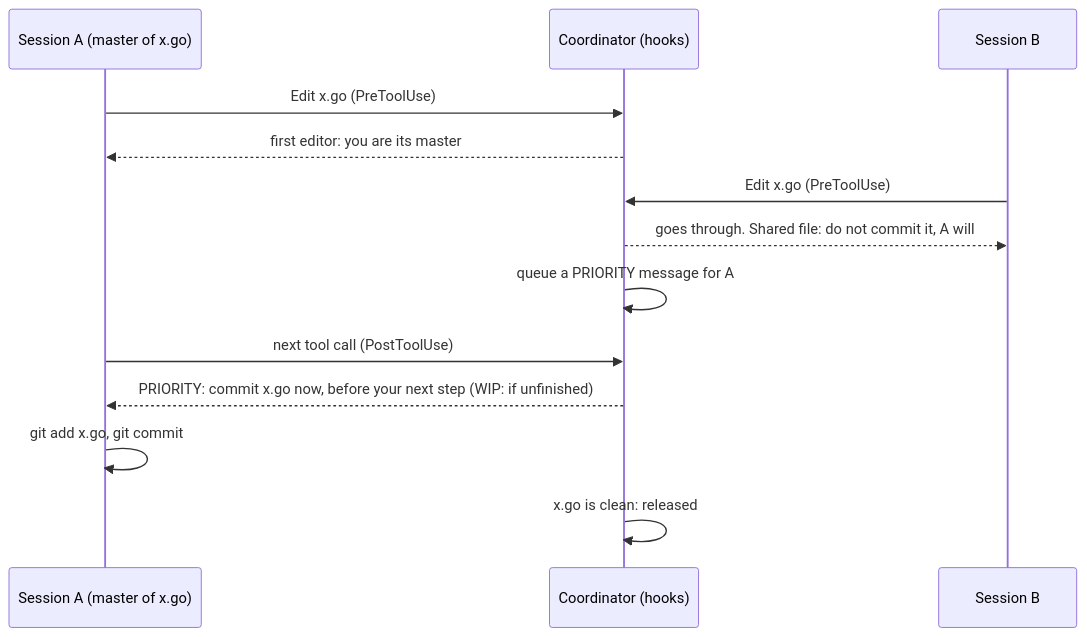
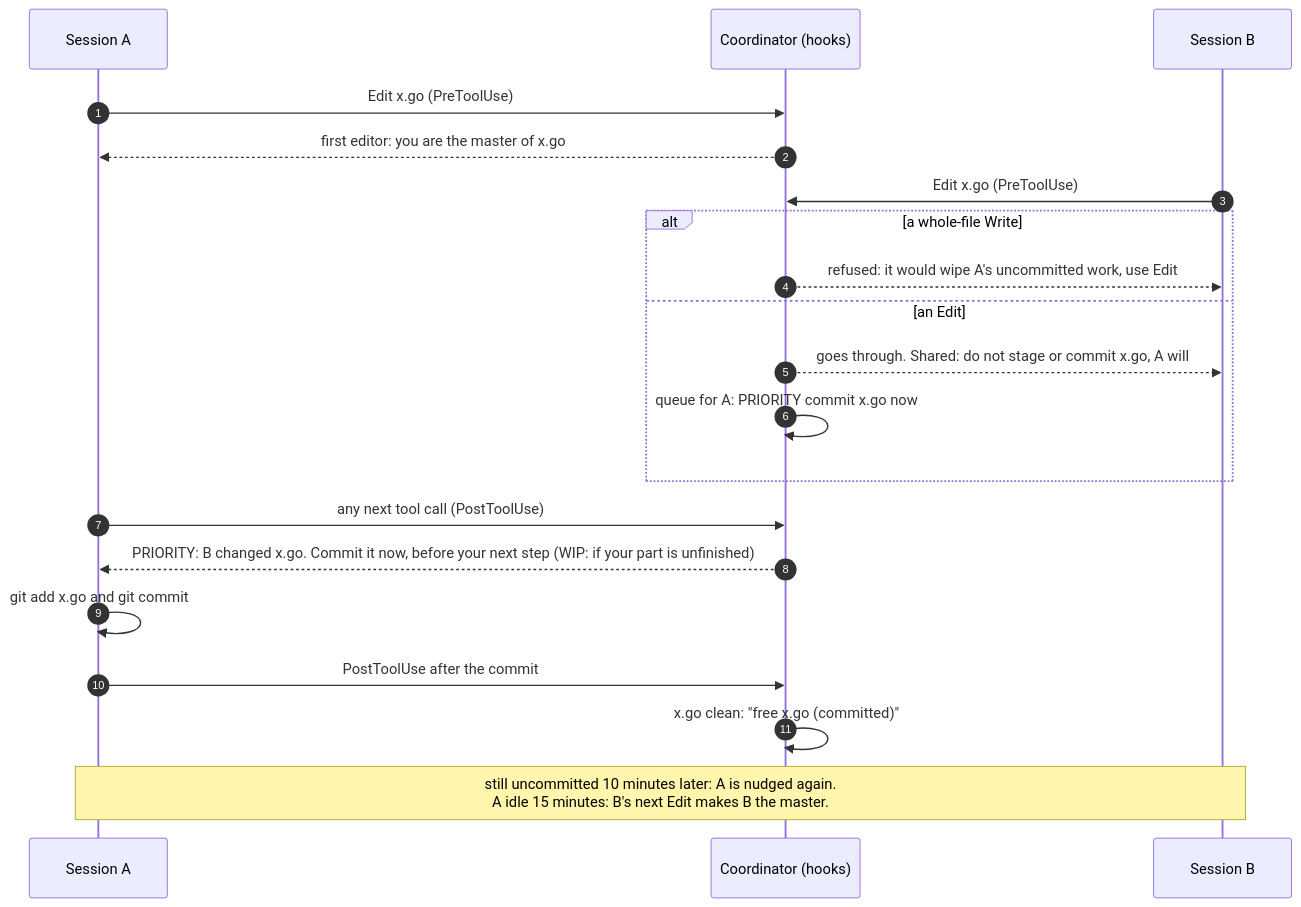
The second of 5 diagrams in README.md (andrewbakercloudscale/claude-burst), drawn with Mermaid before and after one commit. The commit also changed other lines of this file and 4 other files, not shown here.

First line of the commit message:
README: how coordination's metrics and Issues work, with upgraded diagrams

````diff
--- a/README.md
+++ b/README.md
@@ -276,15 +301,22 @@
 ```mermaid
 sequenceDiagram
-    participant A as Session A (master of x.go)
+    autonumber
+    participant A as Session A
     participant C as Coordinator (hooks)
     participant B as Session B
     A->>C: Edit x.go (PreToolUse)
-    C-->>A: first editor: you are its master
+    C-->>A: first editor: you are the master of x.go
     B->>C: Edit x.go (PreToolUse)
-    C-->>B: goes through. Shared file: do not commit it, A will
-    C->>C: queue a PRIORITY message for A
-    A->>C: next tool call (PostToolUse)
-    C-->>A: PRIORITY: commit x.go now, before your next step (WIP: if unfinished)
-    A->>A: git add x.go, git commit
-    C->>C: x.go is clean: released
+    alt a whole-file Write
+        C-->>B: refused: it would wipe A's uncommitted work, use Edit
+    else an Edit
+        C-->>B: goes through. Shared: do not stage or commit x.go, A will
+        C->>C: queue for A: PRIORITY commit x.go now
+    end
+    A->>C: any next tool call (PostToolUse)
+    C-->>A: PRIORITY: B changed x.go. Commit it now, before your next step (WIP: if your part is unfinished)
+    A->>A: git add x.go and git commit
+    A->>C: PostToolUse after the commit
+    C->>C: x.go clean: "free x.go (committed)"
+    Note over A,B: still uncommitted 10 minutes later: A is nudged again.<br/>A idle 15 minutes: B's next Edit makes B the master.
 ```
````
